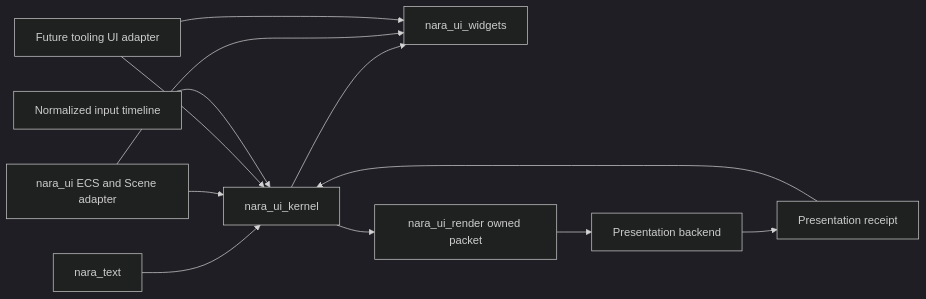
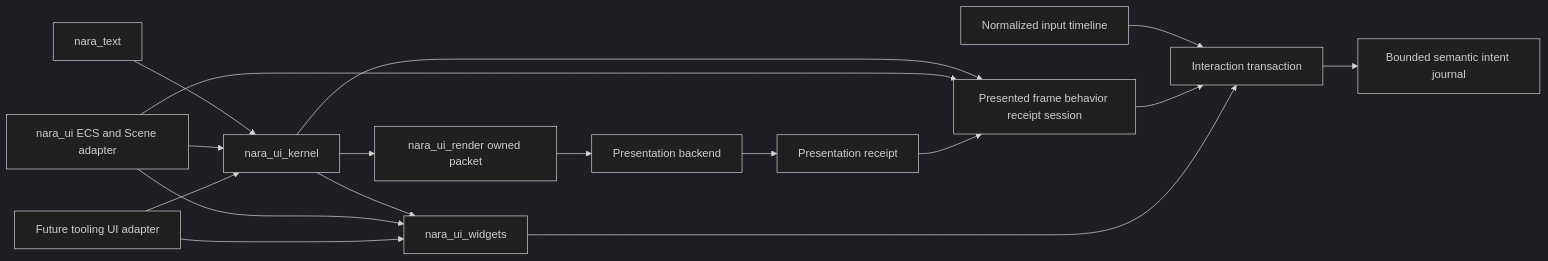
Before and after one commit to Latias94/nara: the diagram in docs/architecture/adr/0102-renderer-neutral-ui-text-widget-and-presented-frame-topology.md, drawn with Mermaid (dark theme). The commit also changed other lines of this file and 2 other files, not shown here.

First line of the commit message:
docs(ui): define runtime ownership checkpoint

````diff
--- a/docs/architecture/adr/0102-renderer-neutral-ui-text-widget-and-presented-frame-topology.md
+++ b/docs/architecture/adr/0102-renderer-neutral-ui-text-widget-and-presented-frame-topology.md
@@ -39,22 +39,30 @@
 ```mermaid
 flowchart LR
     Text[nara_text]
     Kernel[nara_ui_kernel]
     Widgets[nara_ui_widgets]
     Runtime[nara_ui ECS and Scene adapter]
     Editor[Future tooling UI adapter]
     Packet[nara_ui_render owned packet]
     Backend[Presentation backend]
     Receipt[Presentation receipt]
+    Presented[Presented frame behavior receipt session]
     Input[Normalized input timeline]
+    Transaction[Interaction transaction]
+    Intent[Bounded semantic intent journal]
 
     Text --> Kernel
     Kernel --> Widgets
     Runtime --> Kernel
     Runtime --> Widgets
     Editor --> Kernel
     Editor --> Widgets
     Kernel --> Packet --> Backend --> Receipt
-    Input --> Kernel
-    Receipt --> Kernel
+    Kernel --> Presented
+    Runtime --> Presented
+    Receipt --> Presented
+    Input --> Transaction
+    Presented --> Transaction
+    Widgets --> Transaction
+    Transaction --> Intent
 ```
````
